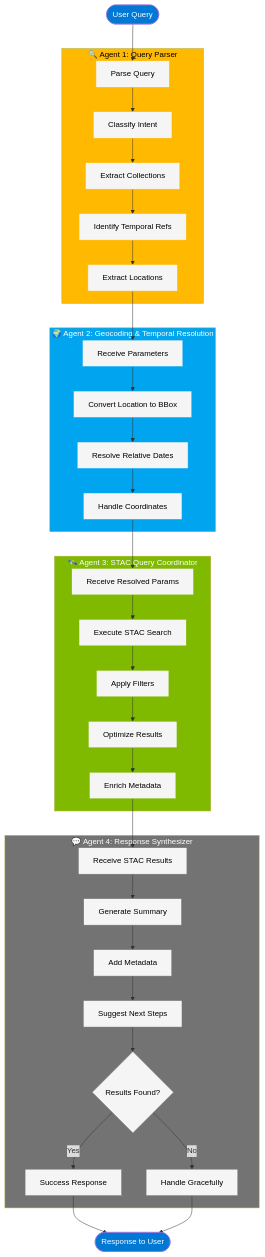
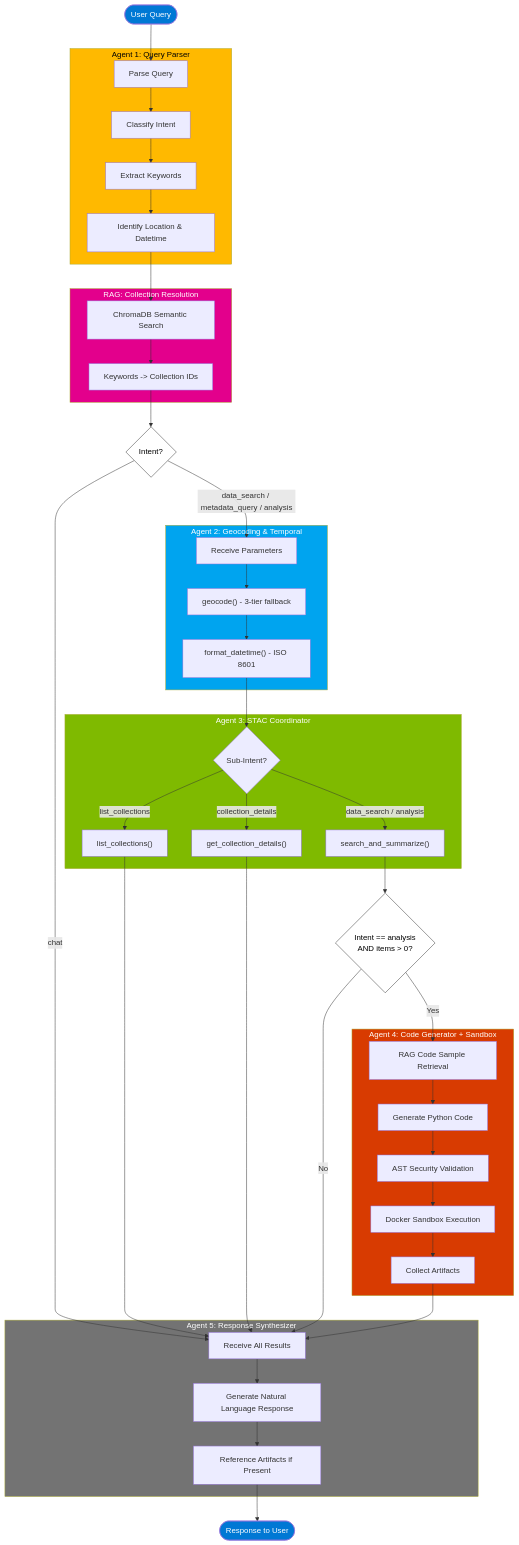
The diagram in docs/agent_architecture.md (MarShaikh/epi-geo-chat), drawn with Mermaid before and after one commit. The commit also changed other lines of this file and 10 other files, not shown here.

First line of the commit message:
Reorganize docs and update documentation to reflect current architecture

````diff
--- a/docs/agent_architecture.md
+++ b/docs/agent_architecture.md
@@ -48,74 +177,70 @@
 ```mermaid
 graph TB
     Start([User Query]) --> A1
 
-    subgraph Agent1["🔍 Agent 1: Query Parser"]
+    subgraph Agent1["Agent 1: Query Parser"]
         A1[Parse Query] --> A1a[Classify Intent]
-        A1a --> A1b[Extract Collections]
-        A1b --> A1c[Identify Temporal Refs]
-        A1c --> A1d[Extract Locations]
+        A1a --> A1b[Extract Keywords]
+        A1b --> A1c[Identify Location & Datetime]
     end
 
-    A1d --> A2
+    A1c --> RAG
 
-    subgraph Agent2["🌍 Agent 2: Geocoding & Temporal Resolution"]
-        A2[Receive Parameters] --> A2a[Convert Location to BBox]
-        A2a --> A2b[Resolve Relative Dates]
-        A2b --> A2c[Handle Coordinates]
+    subgraph RAGStep["RAG: Collection Resolution"]
+        RAG[ChromaDB Semantic Search] --> RAGa[Keywords -> Collection IDs]
     end
 
-    A2c --> A3
+    RAGa --> IntentCheck{Intent?}
 
-    subgraph Agent3["🛰️ Agent 3: STAC Query Coordinator"]
-        A3[Receive Resolved Params] --> A3a[Execute STAC Search]
-        A3a --> A3b[Apply Filters]
-        A3b --> A3c[Optimize Results]
-        A3c --> A3d[Enrich Metadata]
+    IntentCheck -->|chat| A5
+    IntentCheck -->|data_search / metadata_query / analysis| A2
+
+    subgraph Agent2["Agent 2: Geocoding & Temporal"]
+        A2[Receive Parameters] --> A2a["geocode() - 3-tier fallback"]
+        A2a --> A2b["format_datetime() - ISO 8601"]
     end
 
-    A3d --> A4
+    A2b --> A3
 
-    subgraph Agent4["💬 Agent 4: Response Synthesizer"]
-        A4[Receive STAC Results] --> A4a[Generate Summary]
-        A4a --> A4b[Add Metadata]
-        A4b --> A4c[Suggest Next Steps]
-        A4c --> A4d{Results Found?}
-        A4d -->|Yes| A4e[Success Response]
-        A4d -->|No| A4f[Handle Gracefully]
+    subgraph Agent3["Agent 3: STAC Coordinator"]
+        A3{Sub-Intent?}
+        A3 -->|data_search / analysis| A3a["search_and_summarize()"]
+        A3 -->|list_collections| A3b["list_collections()"]
+        A3 -->|collection_details| A3c["get_collection_details()"]
     end
 
-    A4e --> End([Response to User])
-    A4f --> End
+    A3a --> AnalysisCheck
+    A3b --> A5
+    A3c --> A5
+
+    AnalysisCheck{Intent == analysis<br/>AND items > 0?}
+    AnalysisCheck -->|Yes| A4
+    AnalysisCheck -->|No| A5
+
+    subgraph Agent4["Agent 4: Code Generator + Sandbox"]
+        A4[RAG Code Sample Retrieval] --> A4a[Generate Python Code]
+        A4a --> A4b[AST Security Validation]
+        A4b --> A4c[Docker Sandbox Execution]
+        A4c --> A4d[Collect Artifacts]
+    end
+
+    A4d --> A5
+
+    subgraph Agent5["Agent 5: Response Synthesizer"]
+        A5[Receive All Results] --> A5a[Generate Natural Language Response]
+        A5a --> A5b[Reference Artifacts if Present]
+    end
+
+    A5b --> End([Response to User])
 
     style Start fill:#0078D4,color:#fff
     style End fill:#0078D4,color:#fff
     style Agent1 fill:#FFB900,color:#000
+    style RAGStep fill:#E3008C,color:#fff
     style Agent2 fill:#00A4EF,color:#fff
     style Agent3 fill:#7FBA00,color:#fff
-    style Agent4 fill:#737373,color:#fff
-    
-    style A1 fill:#f5f5f5,stroke:#FFB900,color:#000
-    style A1a fill:#f5f5f5,stroke:#FFB900,color:#000
-    style A1b fill:#f5f5f5,stroke:#FFB900,color:#000
-    style A1c fill:#f5f5f5,stroke:#FFB900,color:#000
-    style A1d fill:#f5f5f5,stroke:#FFB900,color:#000
-    
-    style A2 fill:#f5f5f5,stroke:#00A4EF,color:#000
-    style A2a fill:#f5f5f5,stroke:#00A4EF,color:#000
-    style A2b fill:#f5f5f5,stroke:#00A4EF,color:#000
-    style A2c fill:#f5f5f5,stroke:#00A4EF,color:#000
-    
-    style A3 fill:#f5f5f5,stroke:#7FBA00,color:#000
-    style A3a fill:#f5f5f5,stroke:#7FBA00,color:#000
-    style A3b fill:#f5f5f5,stroke:#7FBA00,color:#000
-    style A3c fill:#f5f5f5,stroke:#7FBA00,color:#000
-    style A3d fill:#f5f5f5,stroke:#7FBA00,color:#000
-    
-    style A4 fill:#f5f5f5,stroke:#737373,color:#000
-    style A4a fill:#f5f5f5,stroke:#737373,color:#000
-    style A4b fill:#f5f5f5,stroke:#737373,color:#000
-    style A4c fill:#f5f5f5,stroke:#737373,color:#000
-    style A4d fill:#f5f5f5,stroke:#737373,color:#000
-    style A4e fill:#f5f5f5,stroke:#737373,color:#000
-    style A4f fill:#f5f5f5,stroke:#737373,color:#000
+    style Agent4 fill:#D83B01,color:#fff
+    style Agent5 fill:#737373,color:#fff
+    style IntentCheck fill:#fff,stroke:#333,color:#000
+    style AnalysisCheck fill:#fff,stroke:#333,color:#000
 ```
````
